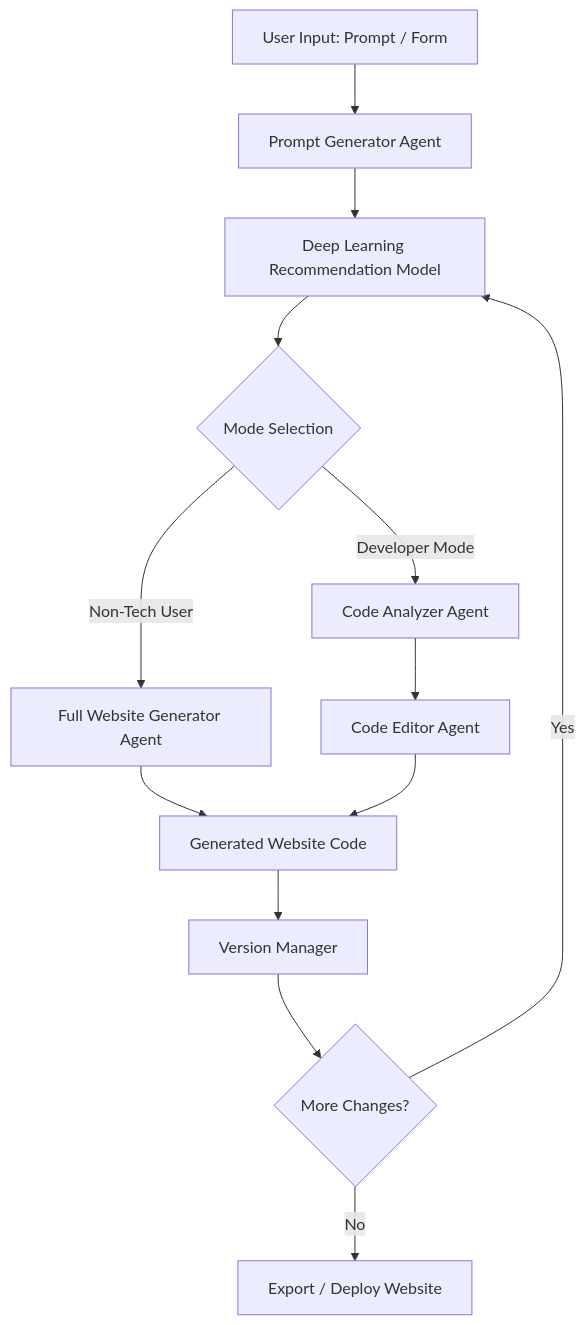
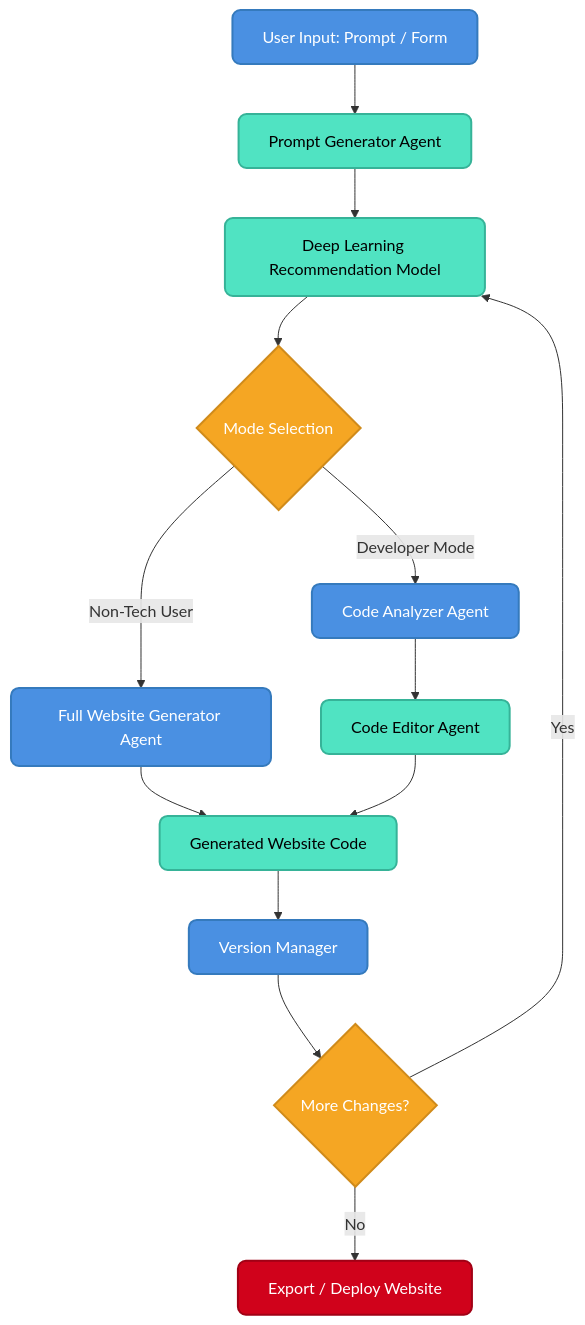
The diagram in README.md (mishi2711/AI_Agent_Website_builder_from_Natural_Language_Prompt), drawn with Mermaid before and after one commit. The commit also changed other lines of this file, not shown here.

````diff
--- a/README.md
+++ b/README.md
@@ -34,19 +54,25 @@
 ```mermaid
 flowchart TD
-    A[User Input: Prompt / Form] --> B[Prompt Generator Agent]
-    B --> C[Deep Learning Recommendation Model]
-    C --> D{Mode Selection}
+    %% Styling
+    classDef primary fill:#4A90E2,stroke:#357ABD,stroke-width:2px,color:#fff,rx:8px,ry:8px;
+    classDef secondary fill:#50E3C2,stroke:#36B398,stroke-width:2px,color:#000,rx:8px,ry:8px;
+    classDef decision fill:#F5A623,stroke:#D08B1B,stroke-width:2px,color:#fff,rx:8px,ry:8px;
+    classDef endNode fill:#D0021B,stroke:#A10115,stroke-width:2px,color:#fff,rx:8px,ry:8px;
 
-    D -->|Non-Tech User| E[Full Website Generator Agent]
-    D -->|Developer Mode| F[Code Analyzer Agent]
+    A[User Input: Prompt / Form]:::primary --> B[Prompt Generator Agent]:::secondary
+    B --> C[Deep Learning Recommendation Model]:::secondary
+    C --> D{Mode Selection}:::decision
 
-    F --> G[Code Editor Agent]
-    E --> H[Generated Website Code]
+    D -->|Non-Tech User| E[Full Website Generator Agent]:::primary
+    D -->|Developer Mode| F[Code Analyzer Agent]:::primary
+
+    F --> G[Code Editor Agent]:::secondary
+    E --> H[Generated Website Code]:::secondary
     G --> H
 
-    H --> I[Version Manager]
-    I --> J{More Changes?}
+    H --> I[Version Manager]:::primary
+    I --> J{More Changes?}:::decision
 
     J -->|Yes| C
-    J -->|No| K[Export / Deploy Website]
+    J -->|No| K[Export / Deploy Website]:::endNode
 ```
````
